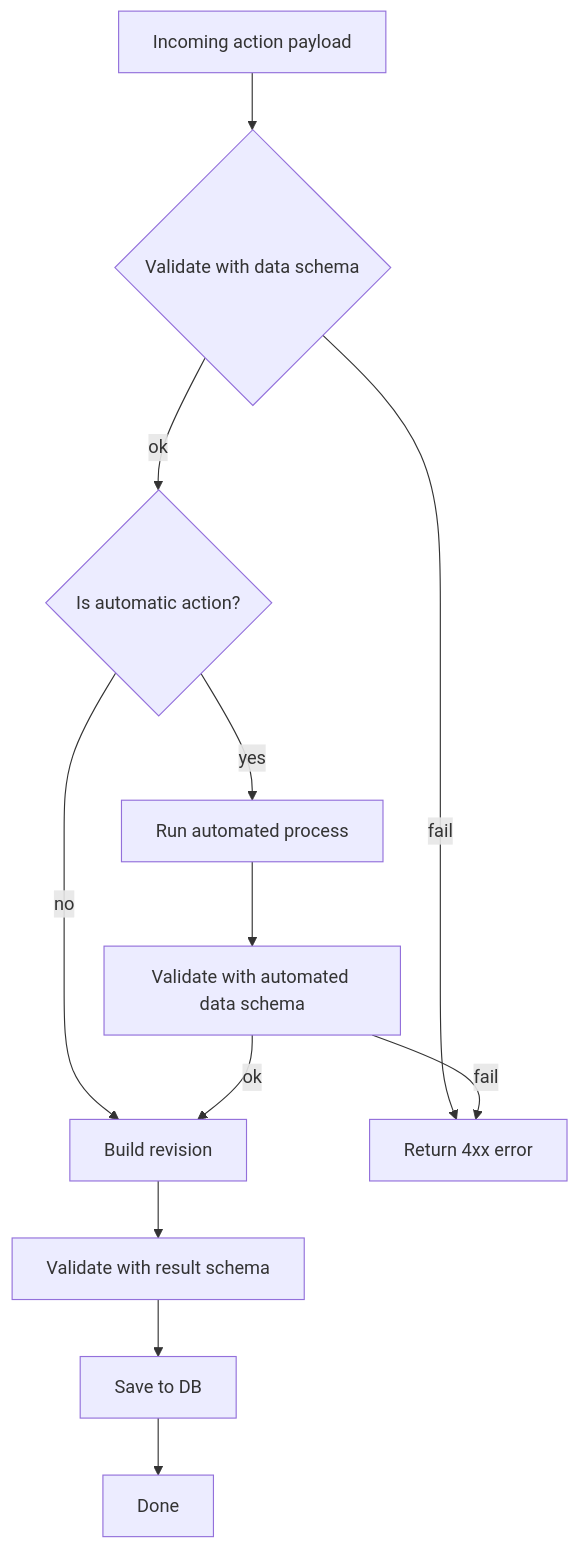
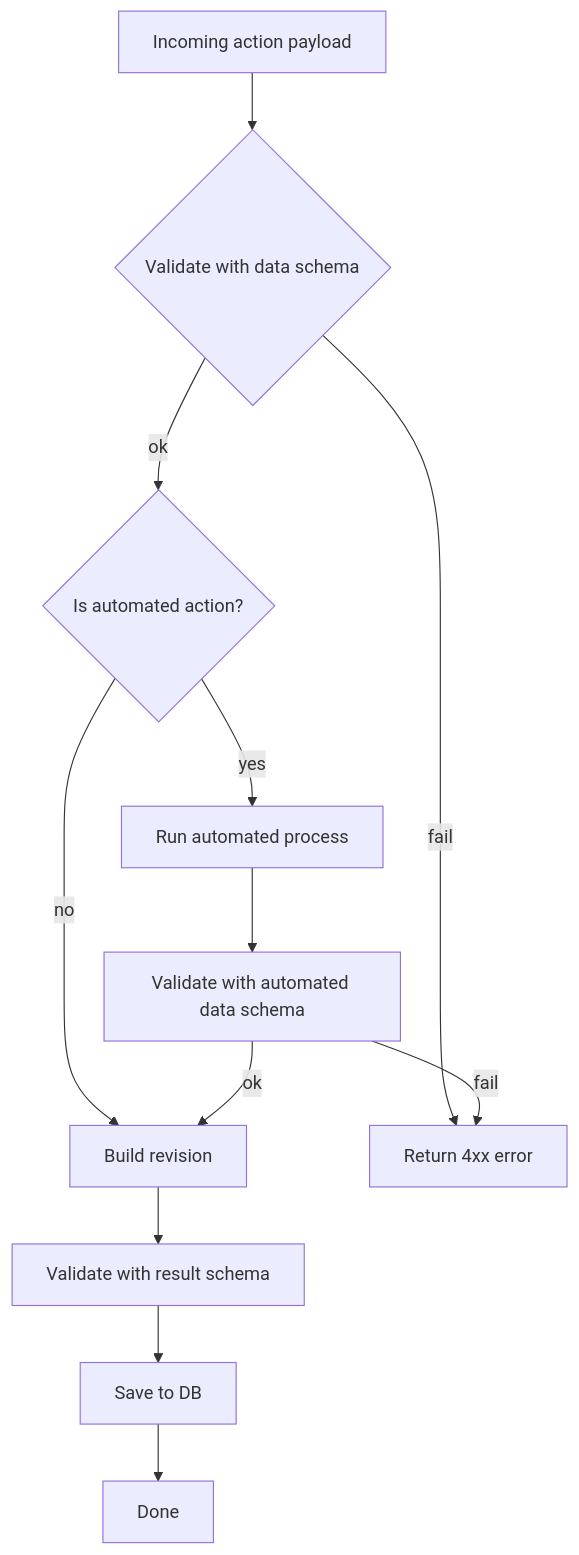
The third of 3 diagrams in kobo/apps/subsequences/README.md (kobotoolbox/kpi), drawn with Mermaid before and after one commit. The commit also changed other lines of this file and 9 other files, not shown here.

Commit message:
Refactor: replace Automatic with Automated

````diff
--- a/kobo/apps/subsequences/README.md
+++ b/kobo/apps/subsequences/README.md
@@ -201,25 +201,25 @@
 ```mermaid
 flowchart TB
   A[Incoming action payload]
   B{Validate with data schema}
-  C{Is automatic action?}
+  C{Is automated action?}
   D[Build revision]
   G[Validate with result schema]
   H[Save to DB]
   I[Done]
   F[Run automated process]
   J[Validate with automated data schema]
   E[Return 4xx error]
 
   A --> B
   B -->|fail| E
   B -->|ok| C
   C -->|no| D
   D --> G
   G --> H
   H --> I
   C -->|yes| F
   F --> J
   J -->|fail| E
   J -->|ok| D
 ```
````
